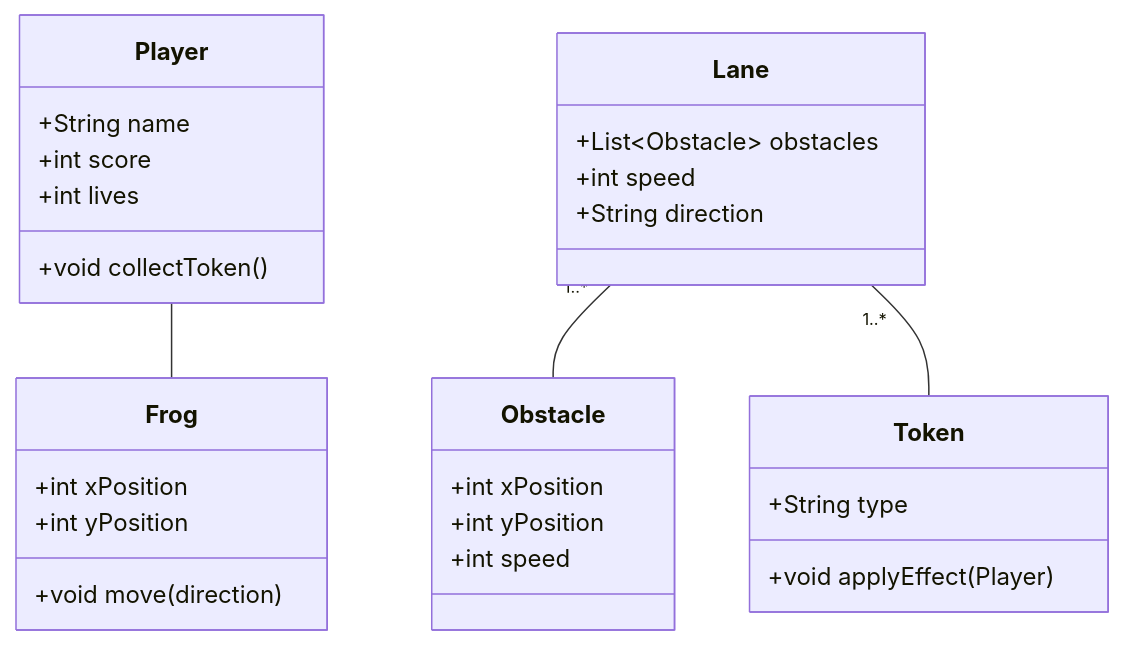
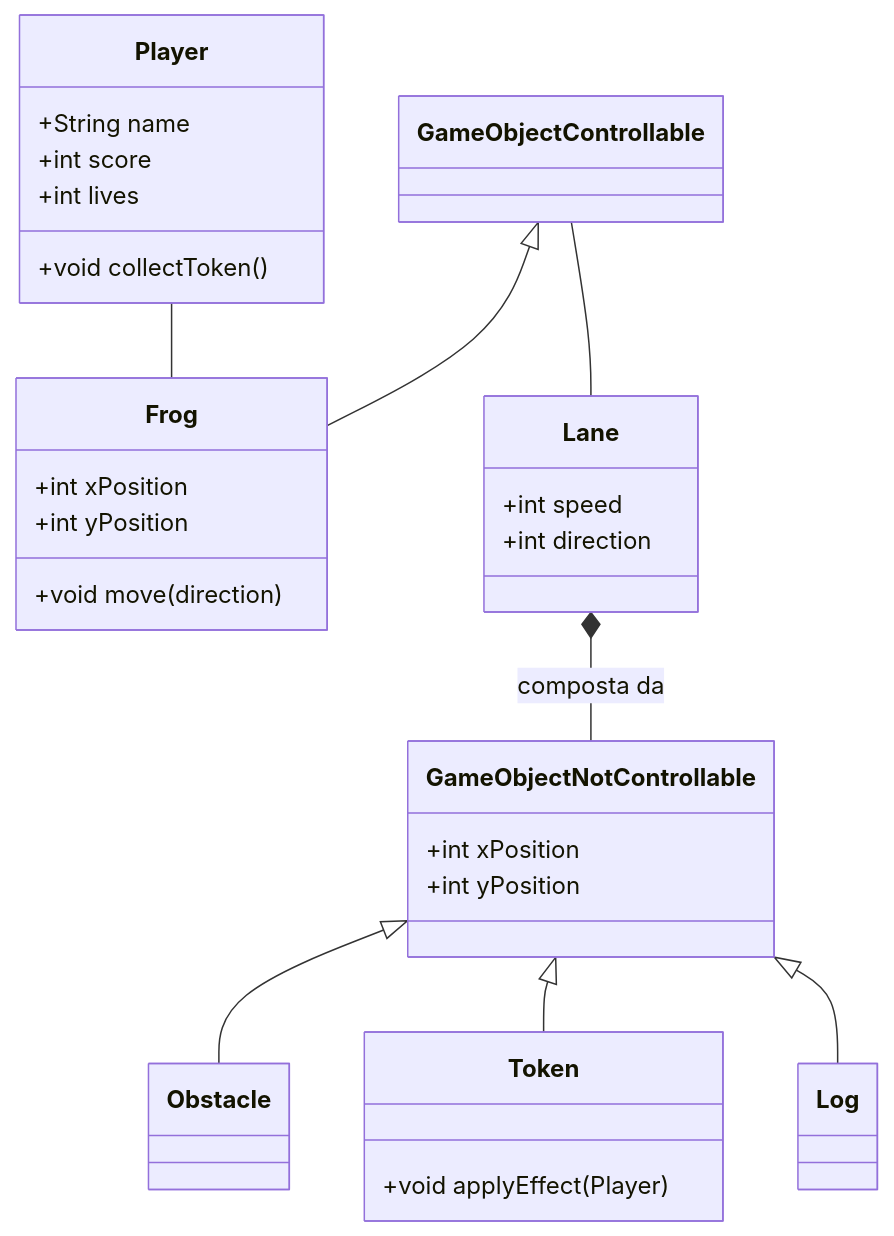
The first of 4 diagrams in README.md (giuliavanni/frogger), drawn with Mermaid before and after one commit. The commit also changed other lines of this file, not shown here.

Commit message:
UPDATE readme with mermaid diagram

````diff
--- a/README.md
+++ b/README.md
@@ -47,31 +47,38 @@
 ```mermaid
 classDiagram
     class Player {
         +String name
         +int score
         +int lives
         +void collectToken()
     }
     class Frog {
         +int xPosition
         +int yPosition
         +void move(direction)
     }
     class Lane {
-        +List~Obstacle~ obstacles
         +int speed
-        +String direction
+        +int direction
     }
     class Obstacle {
+    }
+    class Log {
+    }
+    class Token {
+        +void applyEffect(Player)
+    }
+    class GameObjectControllable  {
+    }
+    class GameObjectNotControllable{
         +int xPosition
         +int yPosition
-        +int speed
-    }
-    class Token {
-        +String type
-        +void applyEffect(Player)
     }
     Player -- Frog
-    Lane "1..*" -- Obstacle
-    Lane "1..*" -- Token
+    GameObjectNotControllable <|-- Obstacle
+    GameObjectNotControllable <|-- Token
+    GameObjectNotControllable <|-- Log
+    GameObjectControllable <|-- Frog
+    GameObjectControllable -- Lane
+    Lane *-- GameObjectNotControllable : composta da
 ```
````
